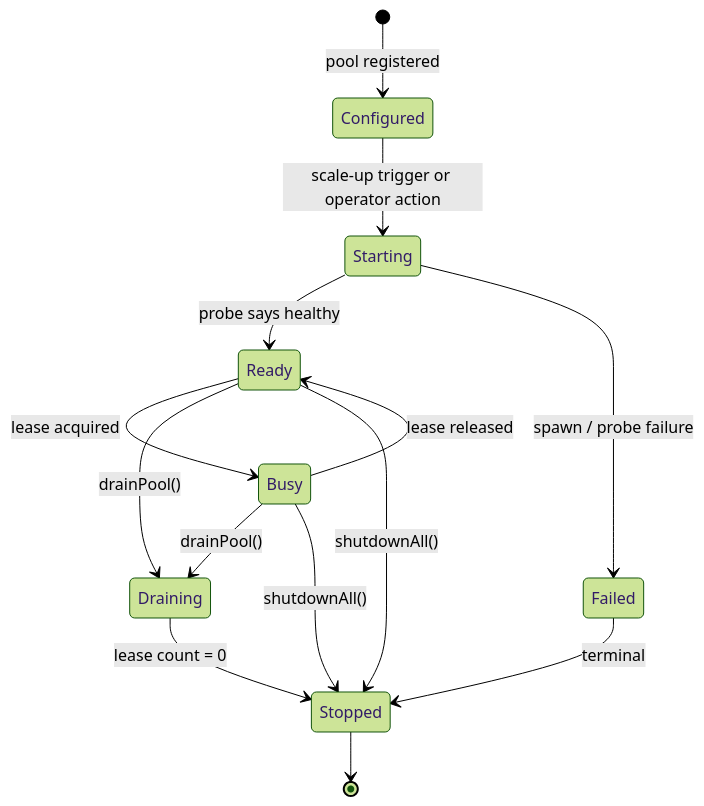
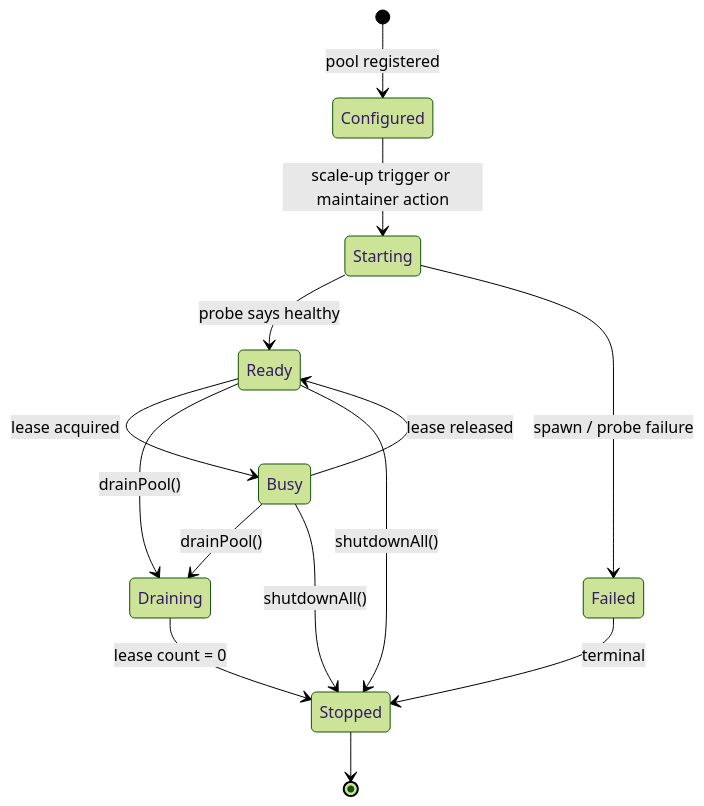
Before and after one commit to flynn33/Master-Control-Orchestration-Server: the fifth of 8 diagrams in docs/wiki/Architecture.md, drawn with Mermaid (forest theme). The commit also changed other lines of this file and 20 other files, not shown here.

````diff
--- a/docs/wiki/Architecture.md
+++ b/docs/wiki/Architecture.md
@@ -228,16 +228,16 @@
 ```mermaid
 stateDiagram-v2
     [*] --> Configured: pool registered
-    Configured --> Starting: scale-up trigger or operator action
+    Configured --> Starting: scale-up trigger or maintainer action
     Starting --> Ready: probe says healthy
     Starting --> Failed: spawn / probe failure
     Ready --> Busy: lease acquired
     Busy --> Ready: lease released
     Ready --> Draining: drainPool()
     Busy --> Draining: drainPool()
     Draining --> Stopped: lease count = 0
     Failed --> Stopped: terminal
     Ready --> Stopped: shutdownAll()
     Busy --> Stopped: shutdownAll()
     Stopped --> [*]
 ```
````
